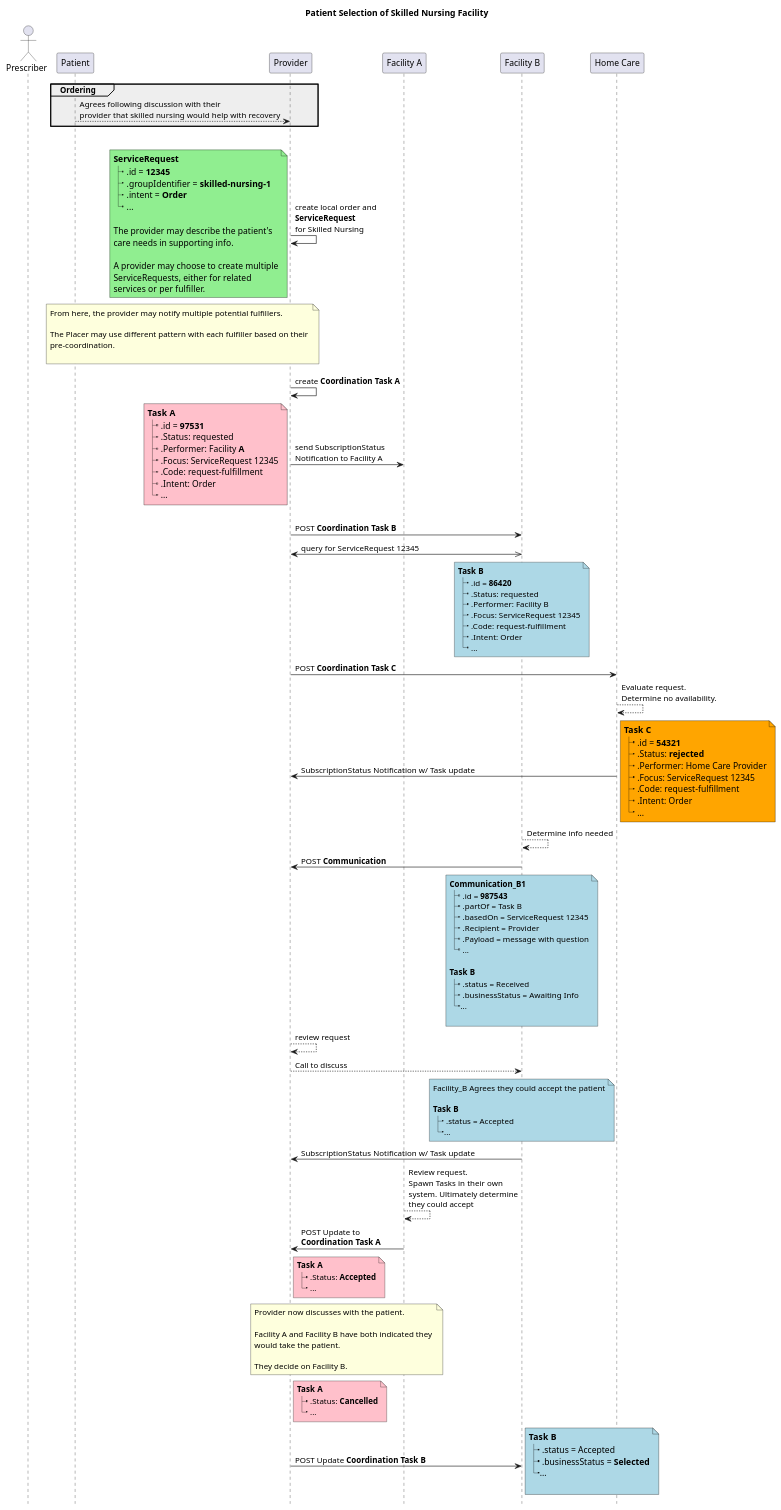
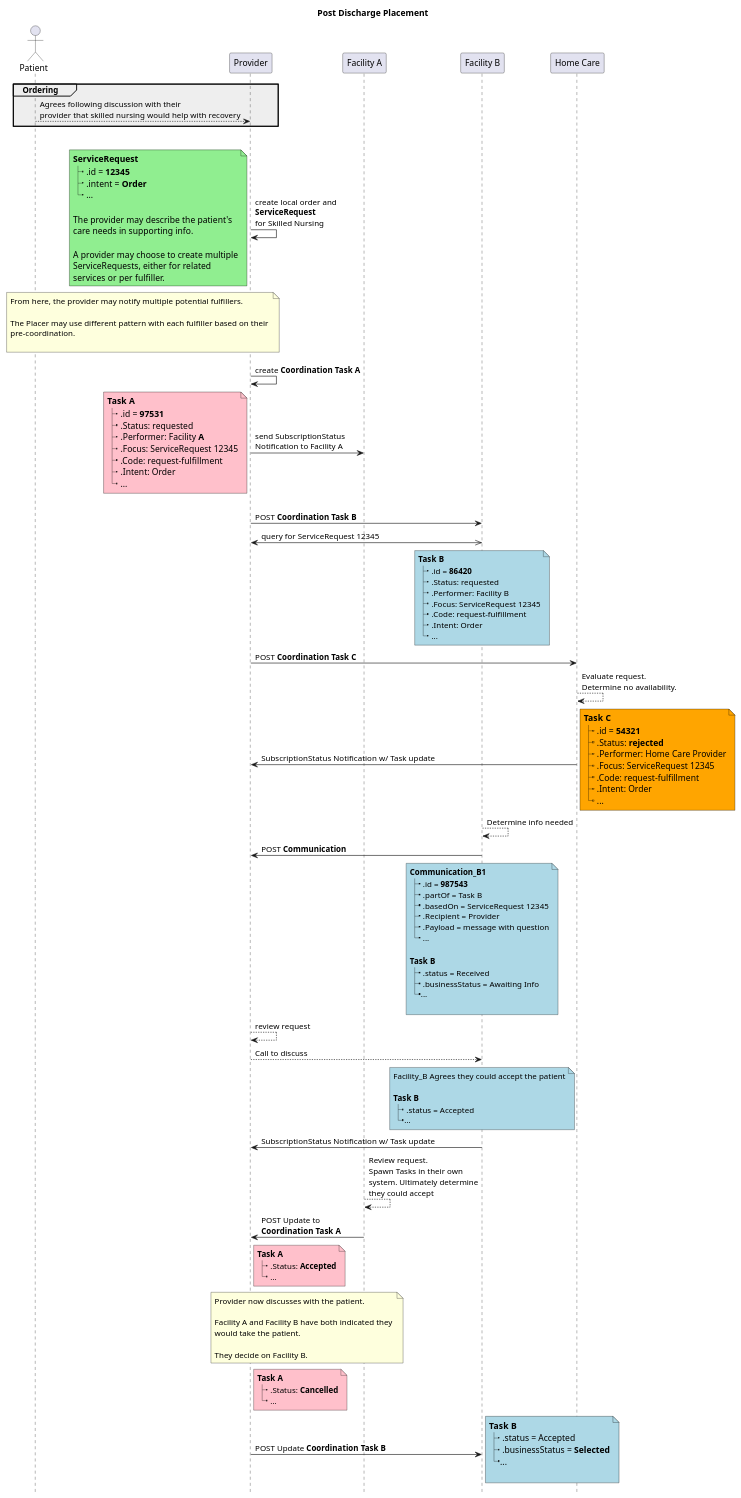
The diagram in input/images-source/ex7-discharge-placement.plantuml (HL7/fhir-cow-ig), drawn with PlantUML before and after one commit.

Commit message:
Update ex7-discharge-placement.plantuml
Fix extra actor

```diff
--- a/input/images-source/ex7-discharge-placement.plantuml
+++ b/input/images-source/ex7-discharge-placement.plantuml
@@ -1,180 +1,175 @@
 @startuml
-
 'skinparam sequenceMessageAlign center
 title 
-	Patient Selection of Skilled Nursing Facility
+	Post Discharge Placement
 end title
 
 hide footbox
 
 skinparam Note<<resource>> {
     'BackgroundColor Pink
     FontName Consolas
     FontSize 14
     'FontStyle Bold
     BorderColor Black
 }
 
 
-actor Prescriber as Doc
-participant "Patient" as Patient
+actor "Patient" as Patient
 participant "Provider" as Provider
 participant "Facility A" as Facility_A
 participant "Facility B" as Facility_B
 participant "Home Care" as HC_Provider
 
 group #eee Ordering
 Patient--> Provider: Agrees following discussion with their\nprovider that skilled nursing would help with recovery
 end
 
 group Workflow
 
 Provider -> Provider: create local order and \n**ServiceRequest**\nfor Skilled Nursing 
 
 note left <<resource>> #lightgreen
 **ServiceRequest**
 |_ .id = **12345**
-|_ .groupIdentifier = **skilled-nursing-1**
 |_ .intent = **Order**
 |_ ...
 
 The provider may describe the patient's 
 care needs in supporting info.
 
 A provider may choose to create multiple
 ServiceRequests, either for related
 services or per fulfiller.
 end note
 
 
 note over Patient, Provider
 From here, the provider may notify multiple potential fulfillers.
 
 The Placer may use different pattern with each fulfiller based on their 
 pre-coordination.  
 
 end note
 ||10||
 
 Provider -> Provider: create **Coordination Task A**
 Provider -> Facility_A: send SubscriptionStatus\nNotification to Facility A
 note left <<resource>> #pink
 **Task A** 
 |_ .id = **97531**
 |_ .Status: requested
 |_ .Performer: Facility **A**
 |_ .Focus: ServiceRequest 12345
 |_ .Code: request-fulfillment
 |_ .Intent: Order
 |_ ...
 end note 
 
 
 ||20||
 
 Provider -> Facility_B: POST **Coordination Task B**
 Facility_B <<-> Provider: query for ServiceRequest 12345
 note over Facility_B #lightblue
 **Task B** 
 |_ .id = **86420**
 |_ .Status: requested
 |_ .Performer: Facility B
 |_ .Focus: ServiceRequest 12345
 |_ .Code: request-fulfillment
 |_ .Intent: Order
 |_ ...
 end note 
 
 
 
 Provider -> HC_Provider: POST **Coordination Task C**
 
 
 HC_Provider --> HC_Provider: Evaluate request.\nDetermine no availability.
 
 HC_Provider -> Provider: SubscriptionStatus Notification w/ Task update
 
 note right <<resource>> #orange
 **Task C** 
 |_ .id = **54321**
 |_ .Status: **rejected**
 |_ .Performer: Home Care Provider
 |_ .Focus: ServiceRequest 12345
 |_ .Code: request-fulfillment
 |_ .Intent: Order
 |_ ...
 end note
 
 
 Facility_B --> Facility_B: Determine info needed
 
 Facility_B -> Provider: POST **Communication**
 
 note over Facility_B #lightblue
 **Communication_B1** 
 |_ .id = **987543**
 |_ .partOf = Task B
 |_ .basedOn = ServiceRequest 12345
 |_ .Recipient = Provider
 |_ .Payload = message with question
 |_ ...
 
 **Task B**
 |_ .status = Received
 |_ .businessStatus = Awaiting Info
 |_...
 
 end note 
 
 Provider --> Provider: review request
 
 Provider --> Facility_B: Call to discuss
 
 note over Facility_B #lightblue
 Facility_B Agrees they could accept the patient
 
 **Task B**
 |_ .status = Accepted
 |_...
 end note 
 
 Facility_B -> Provider: SubscriptionStatus Notification w/ Task update
 
 Facility_A --> Facility_A: Review request.\nSpawn Tasks in their own\nsystem. Ultimately determine\nthey could accept
 
 Facility_A -> Provider: POST Update to\n**Coordination Task A**
 
 note right Provider #pink
 **Task A** 
 |_ .Status: **Accepted**
 |_ ...
 end note 
 
 
 note over Provider, Facility_A
 Provider now discusses with the patient.
 
 Facility A and Facility B have both indicated they 
 would take the patient.
 
 They decide on Facility B.
 end note
 
 note right Provider #pink
 **Task A** 
 |_ .Status: **Cancelled**
 |_ ...
 end note 
 
 Provider -> Facility_B: POST Update **Coordination Task B**
 
 note right <<resource>> #lightblue
 **Task B**
 |_ .status = Accepted
 |_ .businessStatus = **Selected**
 |_...
 
-end note 
-
-
+end note
 @enduml
```
